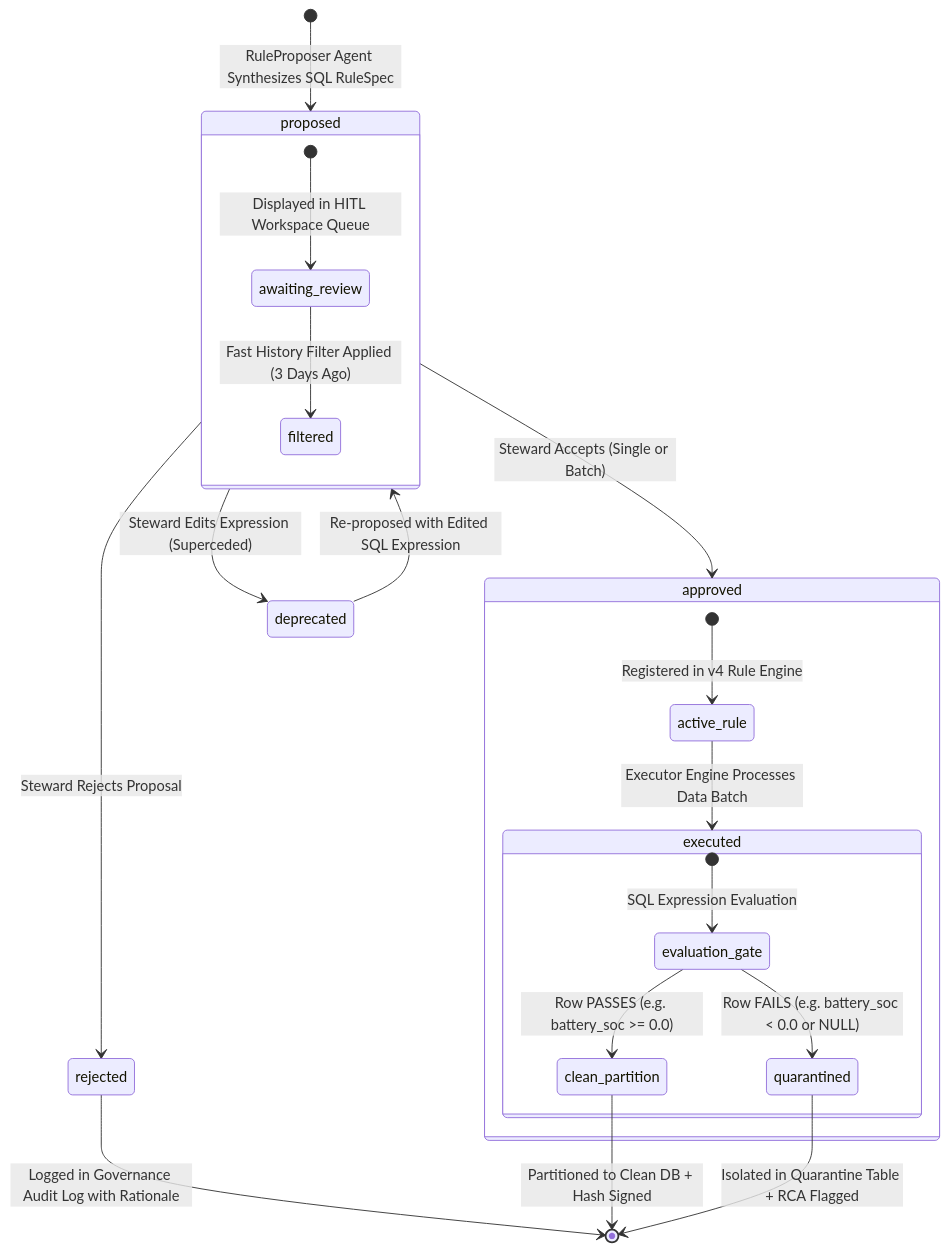
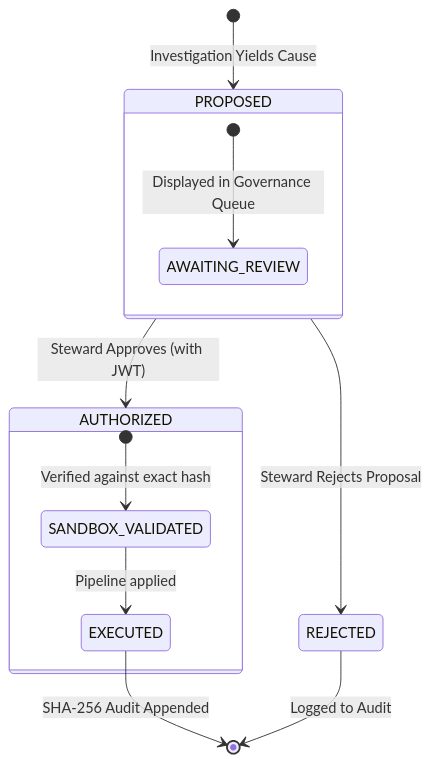
Before and after one commit to Dino1059/Phase2_VSF: the second of 2 diagrams in docs/design/UX_FLOW.md, drawn with Mermaid. The commit also changed other lines of this file and 28 other files, not shown here.

First line of the commit message:
docs(v5): Comprehensive architecture and UX documentation overhaul for V5

````diff
--- a/docs/design/UX_FLOW.md
+++ b/docs/design/UX_FLOW.md
@@ -86,30 +78,19 @@
 ```mermaid
 stateDiagram-v2
-    [*] --> proposed: RuleProposer Agent Synthesizes SQL RuleSpec
+    [*] --> PROPOSED: Investigation Yields Cause
     
-    state proposed {
-        [*] --> awaiting_review: Displayed in HITL Workspace Queue
-        awaiting_review --> filtered: Fast History Filter Applied (3 Days Ago)
+    state PROPOSED {
+        [*] --> AWAITING_REVIEW: Displayed in Governance Queue
     }
 
-    proposed --> approved: Steward Accepts (Single or Batch)
-    proposed --> rejected: Steward Rejects Proposal
-    proposed --> deprecated: Steward Edits Expression (Superceded)
+    PROPOSED --> AUTHORIZED: Steward Approves (with JWT)
+    PROPOSED --> REJECTED: Steward Rejects Proposal
 
-    rejected --> [*]: Logged in Governance Audit Log with Rationale
-    deprecated --> proposed: Re-proposed with Edited SQL Expression
-
-    state approved {
-        [*] --> active_rule: Registered in v4 Rule Engine
-        active_rule --> executed: Executor Engine Processes Data Batch
+    state AUTHORIZED {
+        [*] --> SANDBOX_VALIDATED: Verified against exact hash
+        SANDBOX_VALIDATED --> EXECUTED: Pipeline applied
     }
 
-    state executed {
-        [*] --> evaluation_gate: SQL Expression Evaluation
-        evaluation_gate --> clean_partition: Row PASSES (e.g. battery_soc >= 0.0)
-        evaluation_gate --> quarantined: Row FAILS (e.g. battery_soc < 0.0 or NULL)
-    }
-
-    clean_partition --> [*]: Partitioned to Clean DB + Hash Signed
-    quarantined --> [*]: Isolated in Quarantine Table + RCA Flagged
+    EXECUTED --> [*]: SHA-256 Audit Appended
+    REJECTED --> [*]: Logged to Audit
 ```
````
